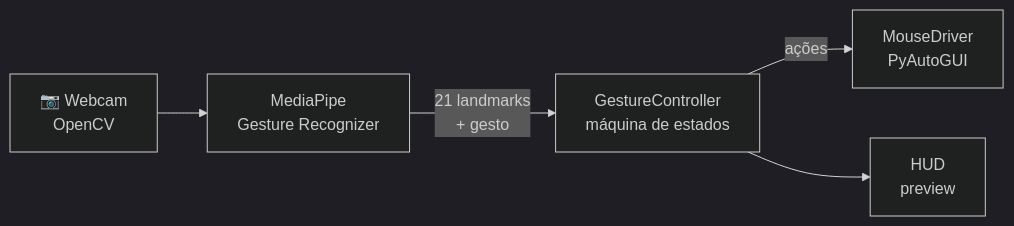
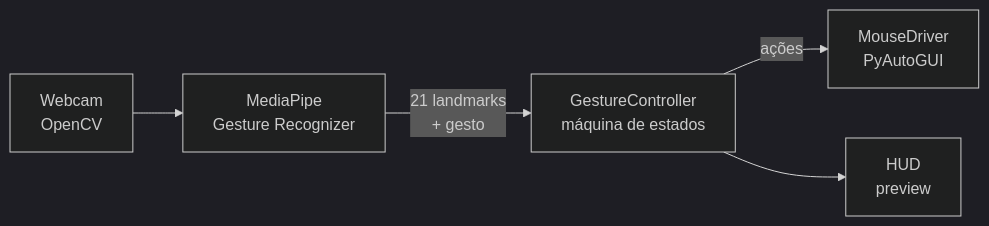
One commit to joaopldantas/MouseHand changed the diagram in README.md. Above: the diagram before and after it, drawn with Mermaid (dark theme). The commit also changed other lines of this file, not shown here.

````diff
--- a/README.md
+++ b/README.md
@@ -81,7 +81,7 @@
 ```mermaid
 flowchart LR
-    A[📷 Webcam<br/>OpenCV] --> B[MediaPipe<br/>Gesture Recognizer]
+    A[Webcam<br/>OpenCV] --> B[MediaPipe<br/>Gesture Recognizer]
     B -->|21 landmarks<br/>+ gesto| C[GestureController<br/>máquina de estados]
     C -->|ações| D[MouseDriver<br/>PyAutoGUI]
     C --> E[HUD<br/>preview]
 ```
````
